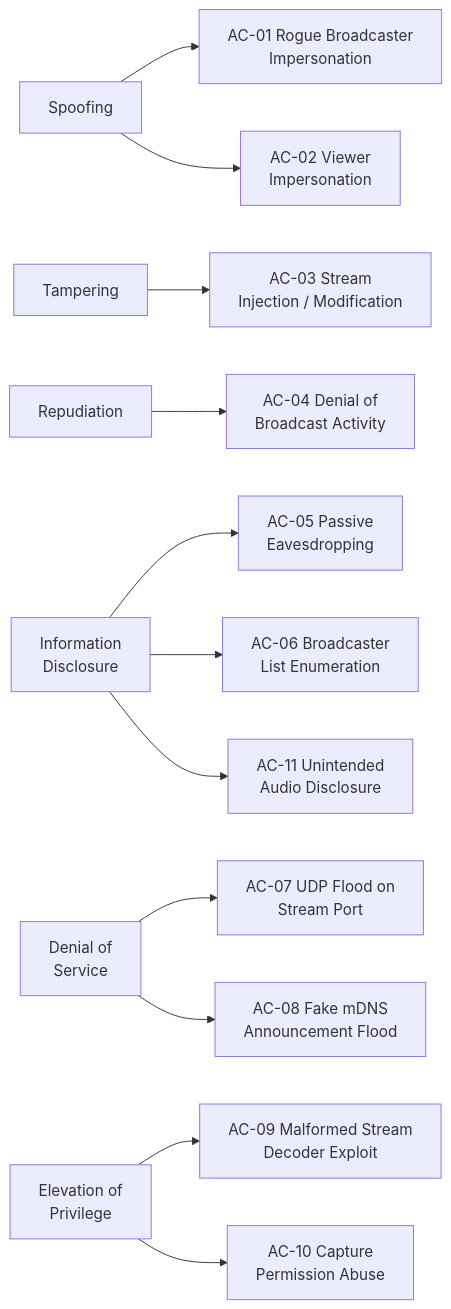
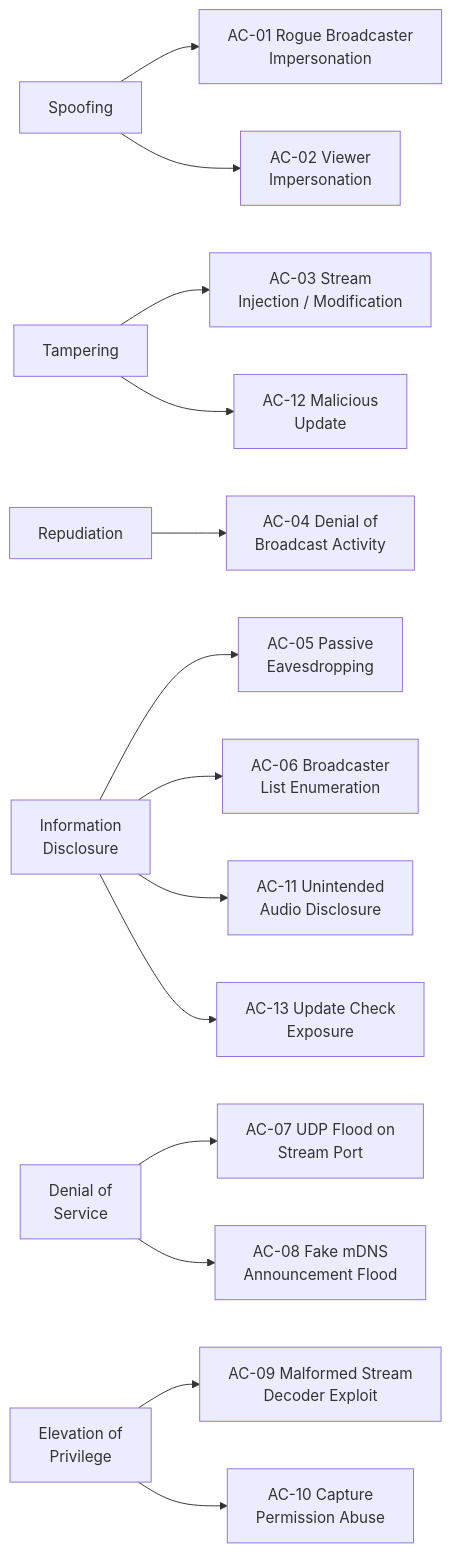
One commit to gventino/peeroxide changed the first of 2 diagrams in docs/abuse-cases.md. Above: the diagram before and after it, drawn with Mermaid. The commit also changed other lines of this file and 3 other files, not shown here.

````diff
--- a/docs/abuse-cases.md
+++ b/docs/abuse-cases.md
@@ -5,19 +5,21 @@
 ```mermaid
 flowchart LR
     S["Spoofing"] --> AC01["AC-01 Rogue Broadcaster<br/>Impersonation"]
     S --> AC02["AC-02 Viewer<br/>Impersonation"]
 
     T["Tampering"] --> AC03["AC-03 Stream<br/>Injection / Modification"]
+    T --> AC12["AC-12 Malicious<br/>Update"]
 
     R["Repudiation"] --> AC04["AC-04 Denial of<br/>Broadcast Activity"]
 
     I["Information<br/>Disclosure"] --> AC05["AC-05 Passive<br/>Eavesdropping"]
     I --> AC06["AC-06 Broadcaster<br/>List Enumeration"]
     I --> AC11["AC-11 Unintended<br/>Audio Disclosure"]
+    I --> AC13["AC-13 Update Check<br/>Exposure"]
 
     D["Denial of<br/>Service"] --> AC07["AC-07 UDP Flood on<br/>Stream Port"]
     D --> AC08["AC-08 Fake mDNS<br/>Announcement Flood"]
 
     E["Elevation of<br/>Privilege"] --> AC09["AC-09 Malformed Stream<br/>Decoder Exploit"]
     E --> AC10["AC-10 Capture<br/>Permission Abuse"]
 ```
````
